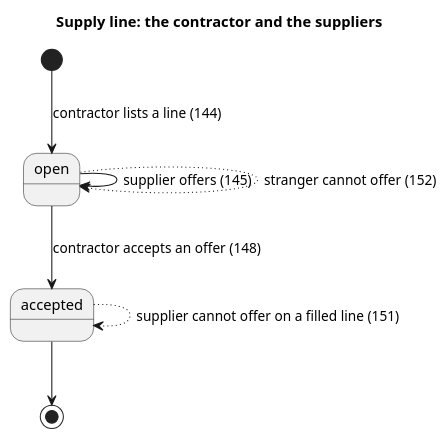
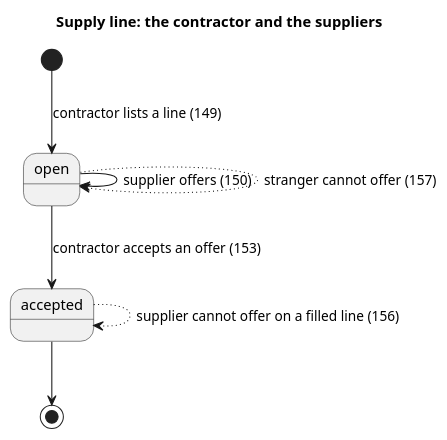
Before and after one commit to blueshed/dzql: the diagram in uml/londons/src/supply-line.puml, drawn with PlantUML. The commit also changed 15 other files, not shown here.

```diff
--- a/uml/londons/src/supply-line.puml
+++ b/uml/londons/src/supply-line.puml
@@ -1,9 +1,9 @@
 @startuml
 title Supply line: the contractor and the suppliers
-[*] --> open : contractor lists a line (144)
-open --> open : supplier offers (145)
-open --> accepted : contractor accepts an offer (148)
-accepted -[dotted]-> accepted : supplier cannot offer on a filled line (151)
-open -[dotted]-> open : stranger cannot offer (152)
+[*] --> open : contractor lists a line (149)
+open --> open : supplier offers (150)
+open --> accepted : contractor accepts an offer (153)
+accepted -[dotted]-> accepted : supplier cannot offer on a filled line (156)
+open -[dotted]-> open : stranger cannot offer (157)
 accepted --> [*]
 @enduml
```
